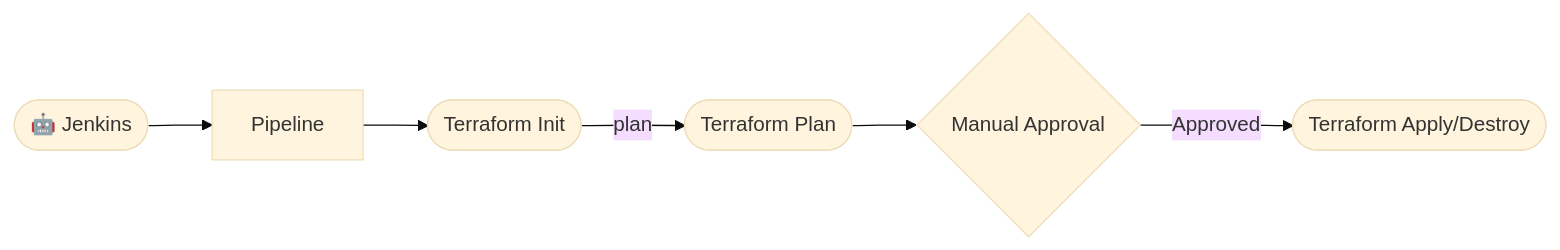
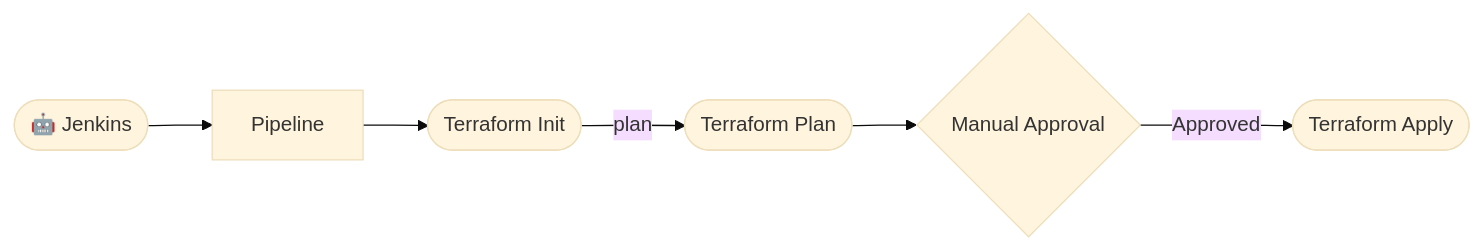
The diagram in docs/jenkins/pipelines/terraform-pipeline/index.md (devopspilot1/devopspilot1.github.io), drawn with Mermaid (base theme) before and after one commit. The commit also changed other lines of this file, not shown here.

````diff
--- a/docs/jenkins/pipelines/terraform-pipeline/index.md
+++ b/docs/jenkins/pipelines/terraform-pipeline/index.md
@@ -14,8 +14,8 @@
 ```mermaid
 flowchart LR
     Jenkins([🤖 Jenkins]) --> P[Pipeline]
     P --> Init([Terraform Init])
     Init -->|plan| Plan([Terraform Plan])
     Plan --> Approval{Manual Approval}
-    Approval -->|Approved| Apply([Terraform Apply/Destroy])
+    Approval -->|Approved| Apply([Terraform Apply])
 ```
````
